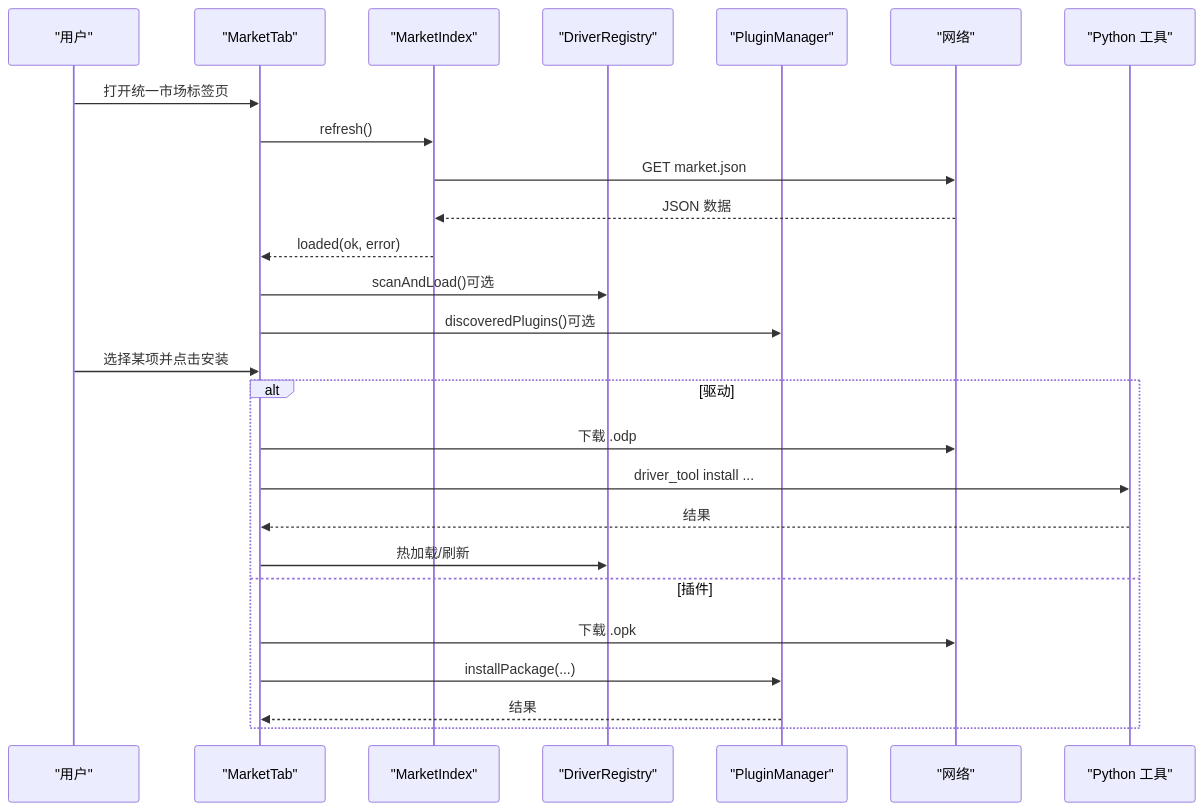
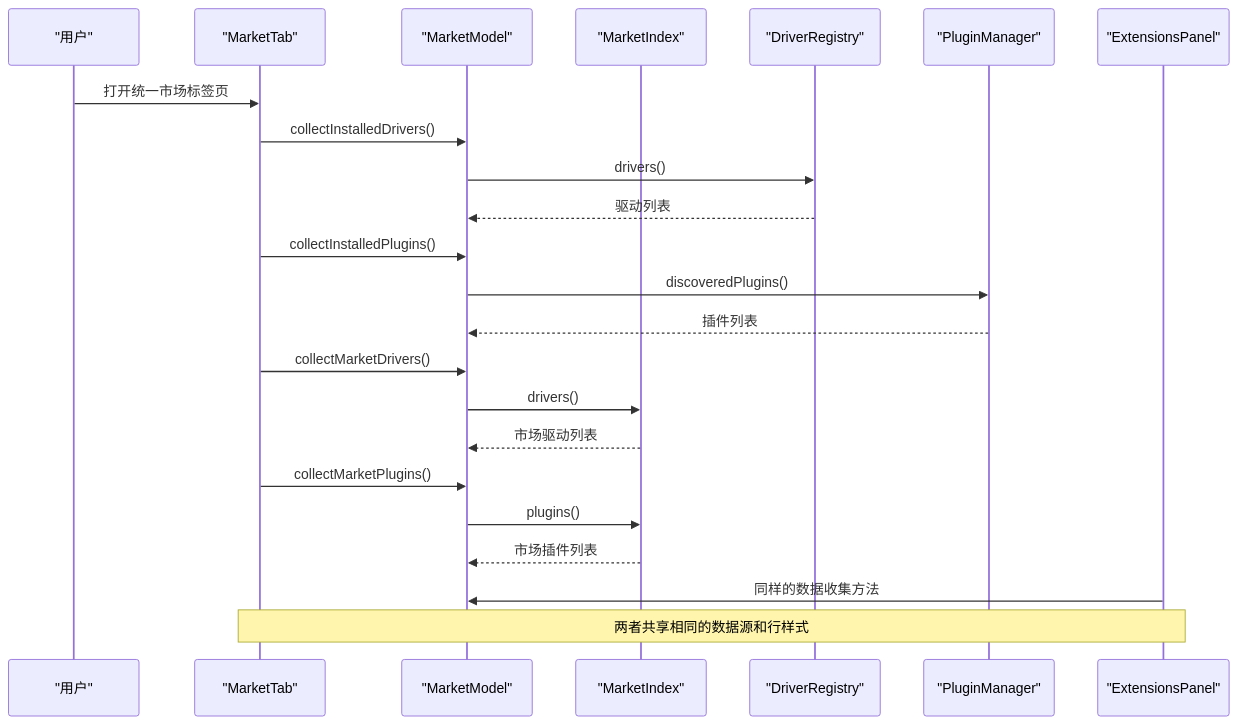
Before and after one commit to jakecai1225-design/OpenBus: the second of 3 diagrams in .qoder/repowiki/zh/content/架构设计/UI系统设计/统一市场标签页系统.md, drawn with Mermaid. The commit also changed other lines of this file and 67 other files, not shown here.

````diff
--- a/.qoder/repowiki/zh/content/架构设计/UI系统设计/统一市场标签页系统.md
+++ b/.qoder/repowiki/zh/content/架构设计/UI系统设计/统一市场标签页系统.md
@@ -89,28 +108,25 @@
 ```mermaid
 sequenceDiagram
 participant U as "用户"
 participant MT as "MarketTab"
+participant MM as "MarketModel"
 participant MI as "MarketIndex"
 participant DR as "DriverRegistry"
 participant PM as "PluginManager"
-participant NET as "网络"
-participant PY as "Python 工具"
+participant EP as "ExtensionsPanel"
 U->>MT : 打开统一市场标签页
-MT->>MI : refresh()
-MI->>NET : GET market.json
-NET-->>MI : JSON 数据
-MI-->>MT : loaded(ok, error)
-MT->>DR : scanAndLoad()可选
-MT->>PM : discoveredPlugins()可选
-U->>MT : 选择某项并点击安装
-alt 驱动
-MT->>NET : 下载 .odp
-MT->>PY : driver_tool install ...
-PY-->>MT : 结果
-MT->>DR : 热加载/刷新
-else 插件
-MT->>NET : 下载 .opk
-MT->>PM : installPackage(...)
-PM-->>MT : 结果
-end
+MT->>MM : collectInstalledDrivers()
+MM->>DR : drivers()
+DR-->>MM : 驱动列表
+MT->>MM : collectInstalledPlugins()
+MM->>PM : discoveredPlugins()
+PM-->>MM : 插件列表
+MT->>MM : collectMarketDrivers()
+MM->>MI : drivers()
+MI-->>MM : 市场驱动列表
+MT->>MM : collectMarketPlugins()
+MM->>MI : plugins()
+MI-->>MM : 市场插件列表
+EP->>MM : 同样的数据收集方法
+Note over MT,EP : 两者共享相同的数据源和行样式
 ```
````
